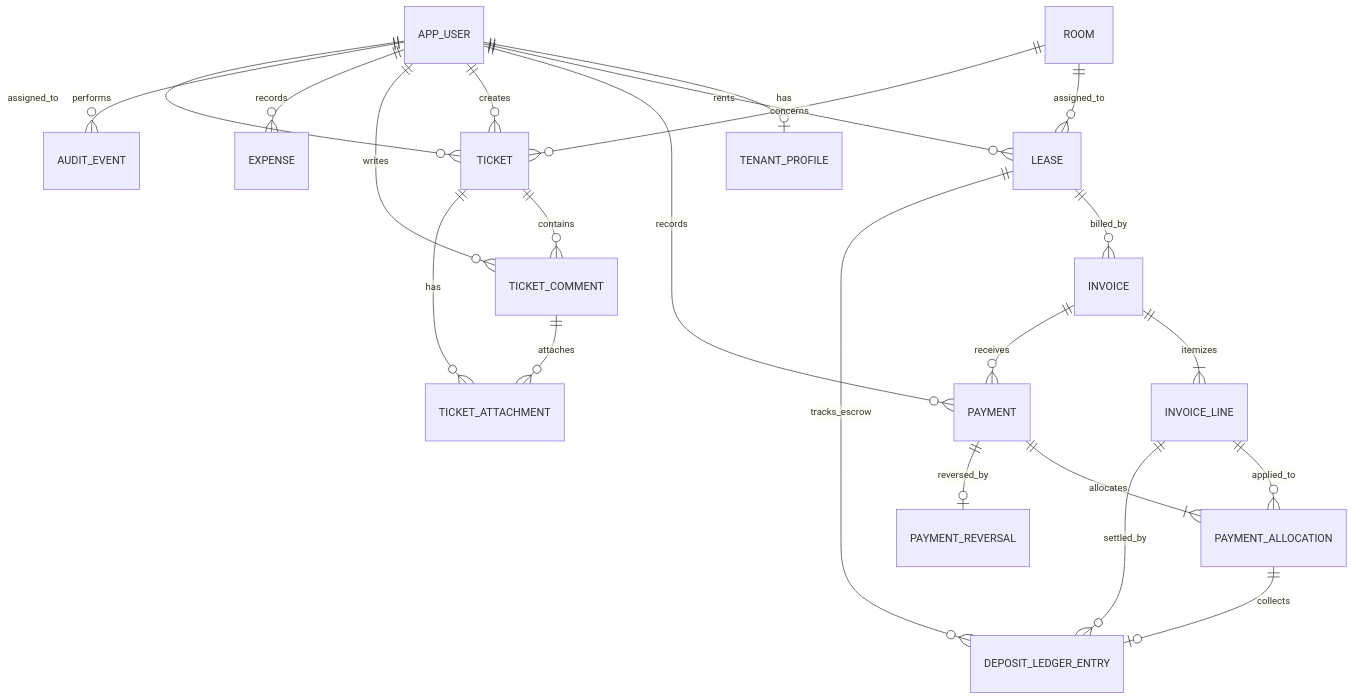
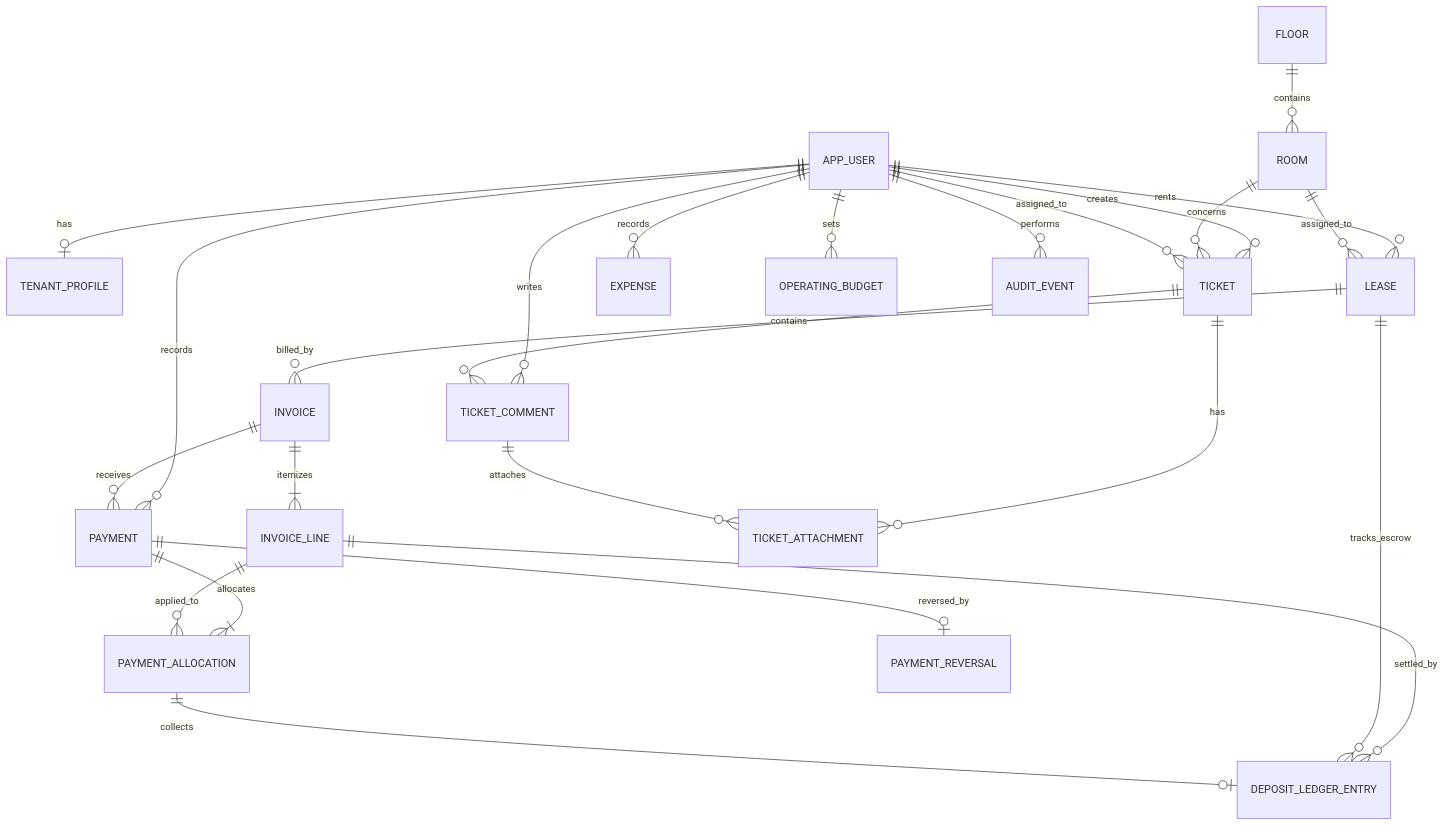
Before and after one commit to nothingser0/rumakost: the diagram in docs/architecture/M05-DATA-API-SPEC-DRAFT.md, drawn with Mermaid. The commit also changed other lines of this file and 22 other files, not shown here.

````diff
--- a/docs/architecture/M05-DATA-API-SPEC-DRAFT.md
+++ b/docs/architecture/M05-DATA-API-SPEC-DRAFT.md
@@ -19,25 +21,27 @@
 ```mermaid
 erDiagram
   APP_USER ||--o| TENANT_PROFILE : has
   APP_USER ||--o{ LEASE : rents
   APP_USER ||--o{ PAYMENT : records
   APP_USER ||--o{ TICKET : creates
   APP_USER ||--o{ TICKET_COMMENT : writes
   APP_USER ||--o{ EXPENSE : records
+  APP_USER ||--o{ OPERATING_BUDGET : sets
+  FLOOR ||--o{ ROOM : contains
   APP_USER ||--o{ AUDIT_EVENT : performs
   ROOM ||--o{ LEASE : assigned_to
   LEASE ||--o{ INVOICE : billed_by
   INVOICE ||--|{ INVOICE_LINE : itemizes
   INVOICE ||--o{ PAYMENT : receives
   PAYMENT ||--|{ PAYMENT_ALLOCATION : allocates
   INVOICE_LINE ||--o{ PAYMENT_ALLOCATION : applied_to
   INVOICE_LINE ||--o{ DEPOSIT_LEDGER_ENTRY : settled_by
   LEASE ||--o{ DEPOSIT_LEDGER_ENTRY : tracks_escrow
   PAYMENT_ALLOCATION ||--o| DEPOSIT_LEDGER_ENTRY : collects
   PAYMENT ||--o| PAYMENT_REVERSAL : reversed_by
   ROOM ||--o{ TICKET : concerns
   TICKET ||--o{ TICKET_COMMENT : contains
   TICKET ||--o{ TICKET_ATTACHMENT : has
   TICKET_COMMENT ||--o{ TICKET_ATTACHMENT : attaches
   APP_USER ||--o{ TICKET : assigned_to
 ```
````
